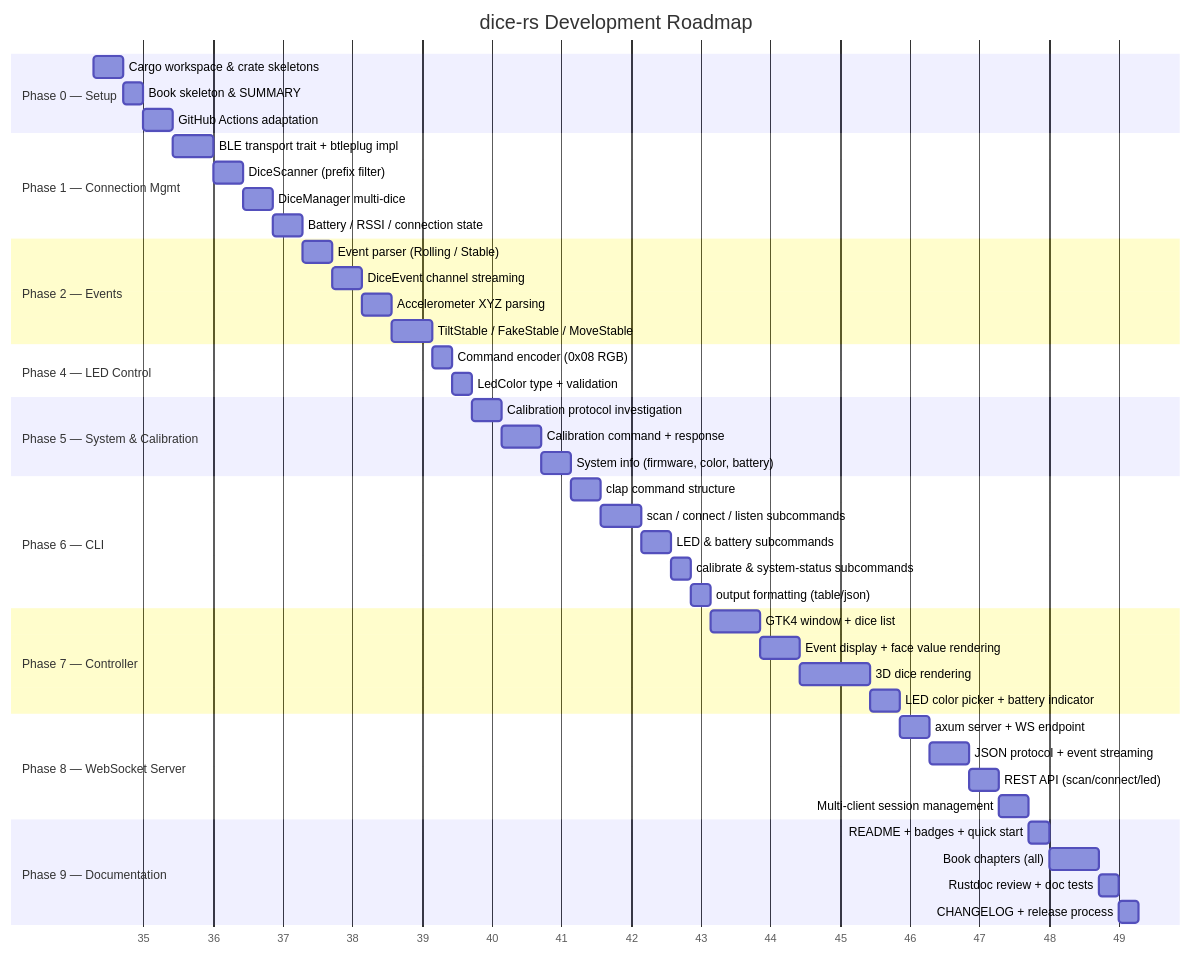
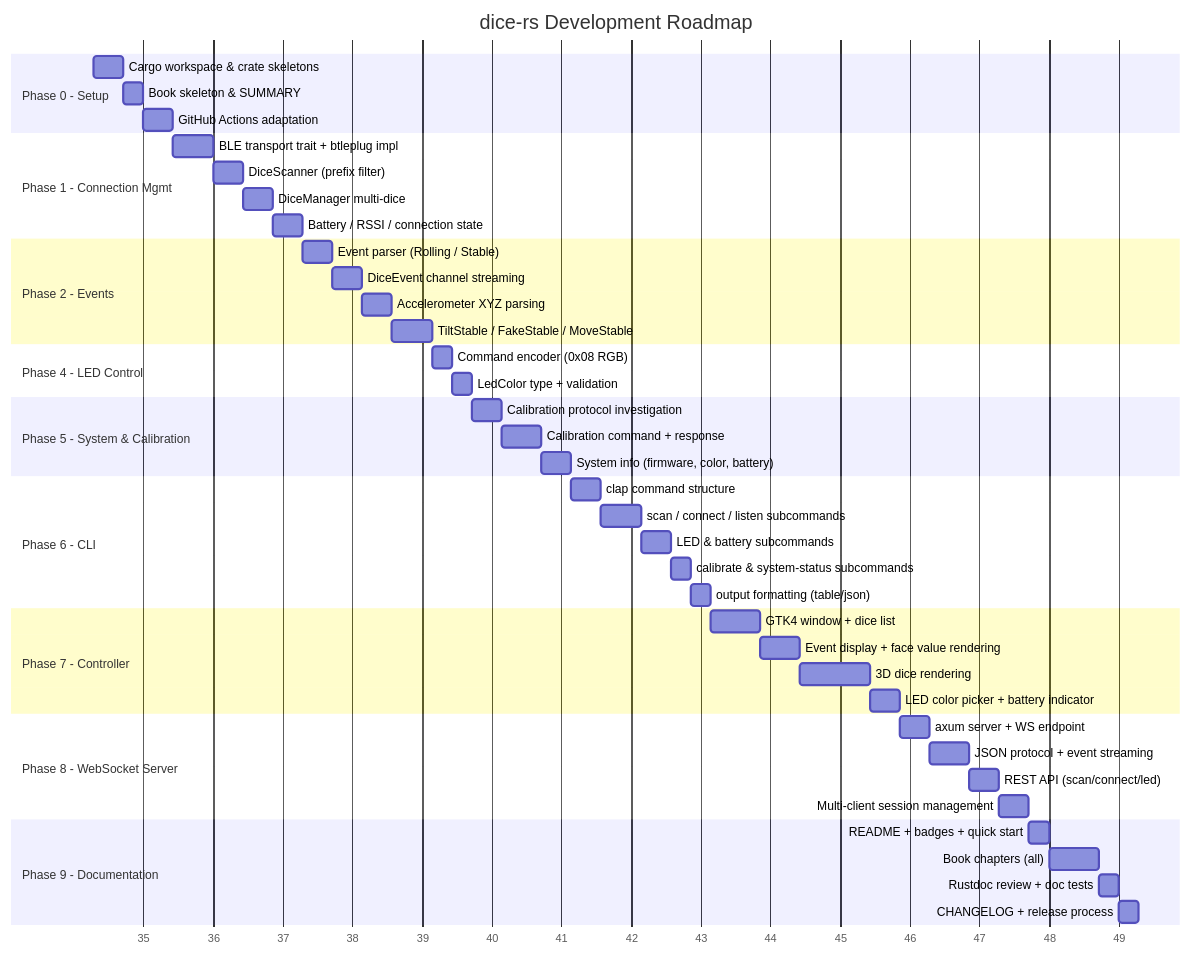
One commit to smearor/dice-rs changed the tenth of 34 diagrams in concepts/planned/DICE_RS.md. Above: the diagram before and after it, drawn with Mermaid. The commit also changed other lines of this file and 35 other files, not shown here.

````diff
--- a/concepts/planned/DICE_RS.md
+++ b/concepts/planned/DICE_RS.md
@@ -1068,57 +1068,57 @@
 ```mermaid
 gantt
     title dice-rs Development Roadmap
     dateFormat YYYY-MM-DD
     axisFormat %V
 
-    section Phase 0 — Setup
+    section Phase 0 - Setup
     Cargo workspace & crate skeletons      :p0a, 2026-08-25, 3d
     Book skeleton & SUMMARY                :p0b, after p0a, 2d
     GitHub Actions adaptation              :p0c, after p0b, 3d
 
-    section Phase 1 — Connection Mgmt
+    section Phase 1 - Connection Mgmt
     BLE transport trait + btleplug impl    :p1a, after p0c, 4d
     DiceScanner (prefix filter)            :p1b, after p1a, 3d
     DiceManager multi-dice                 :p1c, after p1b, 3d
     Battery / RSSI / connection state      :p1d, after p1c, 3d
 
-    section Phase 2 — Events
+    section Phase 2 - Events
     Event parser (Rolling / Stable)        :p2a, after p1d, 3d
     DiceEvent channel streaming            :p2b, after p2a, 3d
     Accelerometer XYZ parsing              :p2c, after p2b, 3d
     TiltStable / FakeStable / MoveStable   :p2d, after p2c, 4d
 
-    section Phase 4 — LED Control
+    section Phase 4 - LED Control
     Command encoder (0x08 RGB)             :p4a, after p2d, 2d
     LedColor type + validation             :p4b, after p4a, 2d
 
-    section Phase 5 — System & Calibration
+    section Phase 5 - System & Calibration
     Calibration protocol investigation        :p5a, after p4b, 3d
     Calibration command + response           :p5b, after p5a, 4d
     System info (firmware, color, battery)   :p5c, after p5b, 3d
 
-    section Phase 6 — CLI
+    section Phase 6 - CLI
     clap command structure                 :p6a, after p5c, 3d
     scan / connect / listen subcommands    :p6b, after p6a, 4d
     LED & battery subcommands              :p6c, after p6b, 3d
     calibrate & system-status subcommands  :p6d, after p6c, 2d
     output formatting (table/json)         :p6e, after p6d, 2d
 
-    section Phase 7 — Controller
+    section Phase 7 - Controller
     GTK4 window + dice list                :p7a, after p6e, 5d
     Event display + face value rendering   :p7b, after p7a, 4d
     3D dice rendering                      :p7c, after p7b, 7d
     LED color picker + battery indicator   :p7d, after p7c, 3d
 
-    section Phase 8 — WebSocket Server
+    section Phase 8 - WebSocket Server
     axum server + WS endpoint              :p8a, after p7d, 3d
     JSON protocol + event streaming        :p8b, after p8a, 4d
     REST API (scan/connect/led)            :p8c, after p8b, 3d
     Multi-client session management        :p8d, after p8c, 3d
 
-    section Phase 9 — Documentation
+    section Phase 9 - Documentation
     README + badges + quick start          :p9a, after p8d, 2d
     Book chapters (all)                    :p9b, after p9a, 5d
     Rustdoc review + doc tests             :p9c, after p9b, 2d
     CHANGELOG + release process            :p9d, after p9c, 2d
 ```
````
